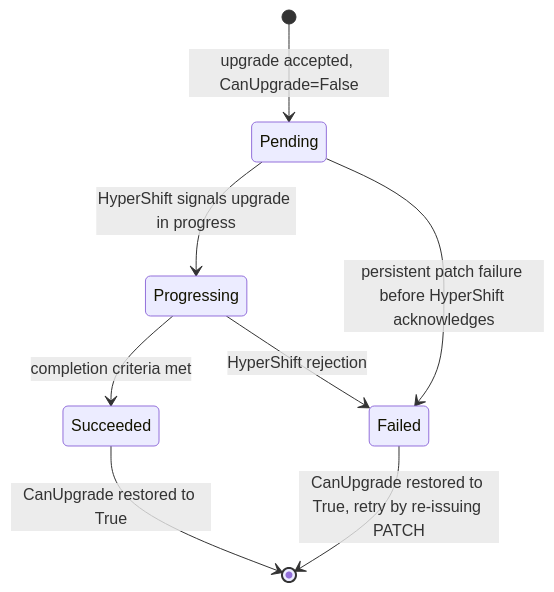
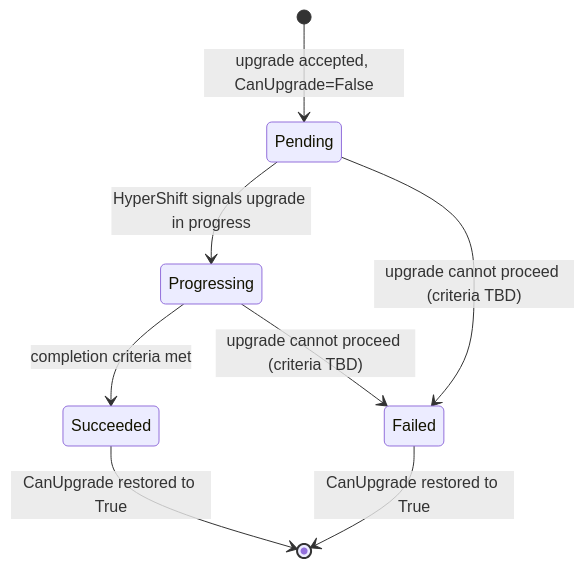
The diagram in enhancements/OSAC-1415-cluster-upgrade-caas/design-phase1.md (empovit/osac-enhancement-proposals), drawn with Mermaid before and after one commit. The commit also changed other lines of this file and 2 other files, not shown here.

Commit message:
OSAC-1415: clarify terminal upgrade status and lock release

````diff
--- a/enhancements/OSAC-1415-cluster-upgrade-caas/design-phase1.md
+++ b/enhancements/OSAC-1415-cluster-upgrade-caas/design-phase1.md
@@ -322,10 +322,10 @@
 ```mermaid
 stateDiagram-v2
     [*] --> Pending : upgrade accepted, CanUpgrade=False
     Pending --> Progressing : HyperShift signals upgrade in progress
     Progressing --> Succeeded : completion criteria met
-    Pending --> Failed : persistent patch failure before HyperShift acknowledges
-    Progressing --> Failed : HyperShift rejection
+    Pending --> Failed : upgrade cannot proceed (criteria TBD)
+    Progressing --> Failed : upgrade cannot proceed (criteria TBD)
     Succeeded --> [*] : CanUpgrade restored to True
-    Failed --> [*] : CanUpgrade restored to True, retry by re-issuing PATCH
+    Failed --> [*] : CanUpgrade restored to True
 ```
````
